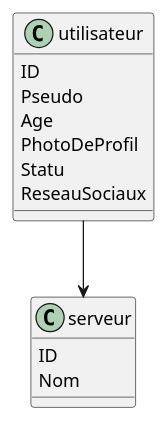
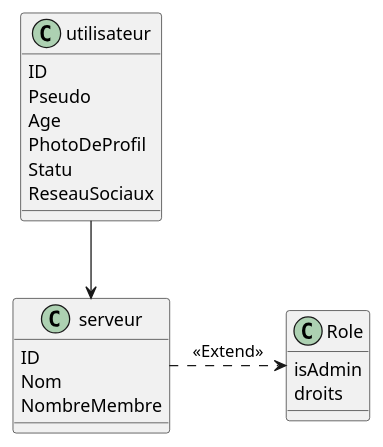
One commit to IUT-Blagnac/bcoo-retro2021-bcoo-retro2021-g16 changed the diagram in discord.plantuml. Above: the diagram before and after it, drawn with PlantUML.

```diff
--- a/discord.plantuml
+++ b/discord.plantuml
@@ -1,18 +1,28 @@
+@startuml
 
 class utilisateur {
   ID
   Pseudo 
   Age 
   PhotoDeProfil
   Statu
   ReseauSociaux
 }
 
 class serveur {
   ID
   Nom
+  NombreMembre
+}
+
+class Role {
+  isAdmin
+  droits
 }
 
 
 utilisateur --> serveur
+serveur .> Role : <<Extend>>
+
+
 @enduml
```
